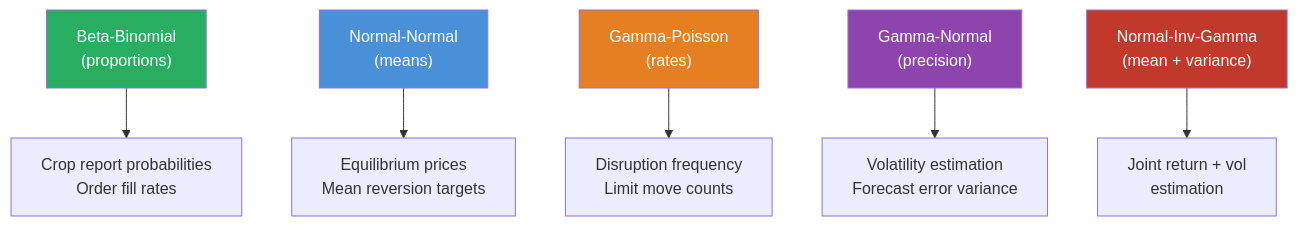
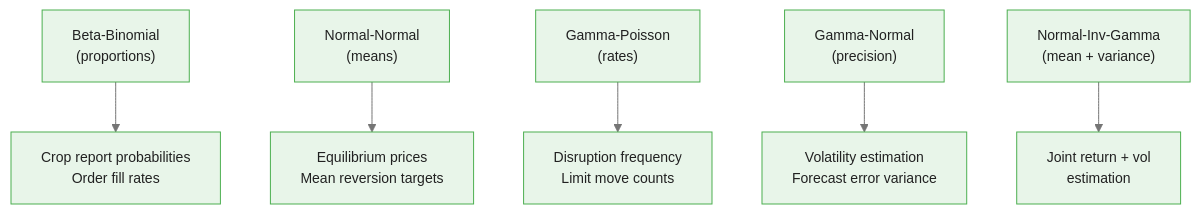
One commit to m-deane/course-creator changed the second of 3 diagrams in courses/bayesian-commodity-forecasting/modules/module_01_bayesian_fundamentals/guides/02_conjugate_priors_slides.md. Above: the diagram before and after it, drawn with Mermaid. The commit also changed other lines of this file and 104 other files, not shown here.

````diff
--- a/courses/bayesian-commodity-forecasting/modules/module_01_bayesian_fundamentals/guides/02_conjugate_priors_slides.md
+++ b/courses/bayesian-commodity-forecasting/modules/module_01_bayesian_fundamentals/guides/02_conjugate_priors_slides.md
@@ -228,13 +243,9 @@
 ```mermaid
+%%{init: {"theme": "base", "themeVariables": {"primaryColor": "#e8f5e9", "primaryBorderColor": "#4caf50", "primaryTextColor": "#212121", "secondaryColor": "#e3f2fd", "tertiaryColor": "#fff8e1", "lineColor": "#757575", "fontFamily": "Inter, sans-serif", "fontSize": "14px"}}}%%
 flowchart TD
     BetaBin["Beta-Binomial\n(proportions)"] --> Prop["Crop report probabilities\nOrder fill rates"]
     NormNorm["Normal-Normal\n(means)"] --> Mean["Equilibrium prices\nMean reversion targets"]
     GammaPois["Gamma-Poisson\n(rates)"] --> Rate["Disruption frequency\nLimit move counts"]
     GammaNorm["Gamma-Normal\n(precision)"] --> Vol["Volatility estimation\nForecast error variance"]
     NIG["Normal-Inv-Gamma\n(mean + variance)"] --> Joint["Joint return + vol\nestimation"]
-    style BetaBin fill:#27ae60,color:#fff
-    style NormNorm fill:#4a90d9,color:#fff
-    style GammaPois fill:#e67e22,color:#fff
-    style GammaNorm fill:#8e44ad,color:#fff
-    style NIG fill:#c0392b,color:#fff
 ```
````
